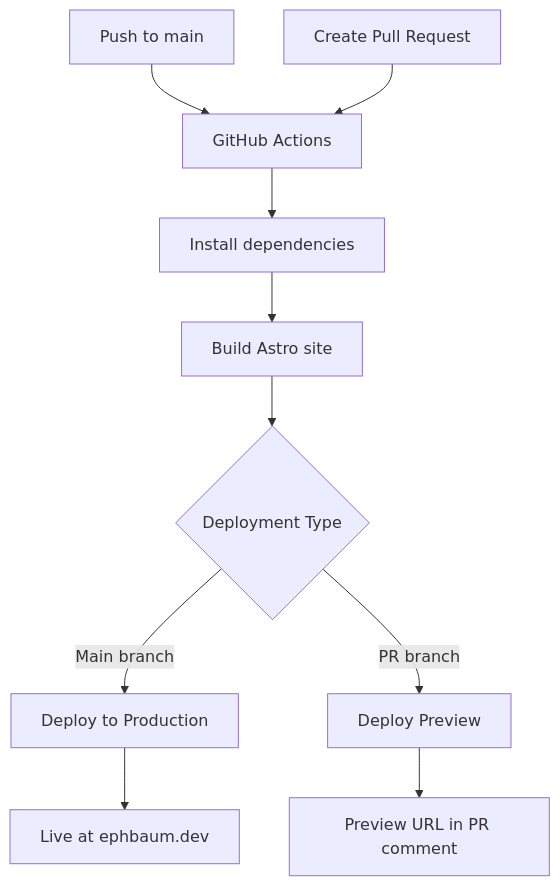
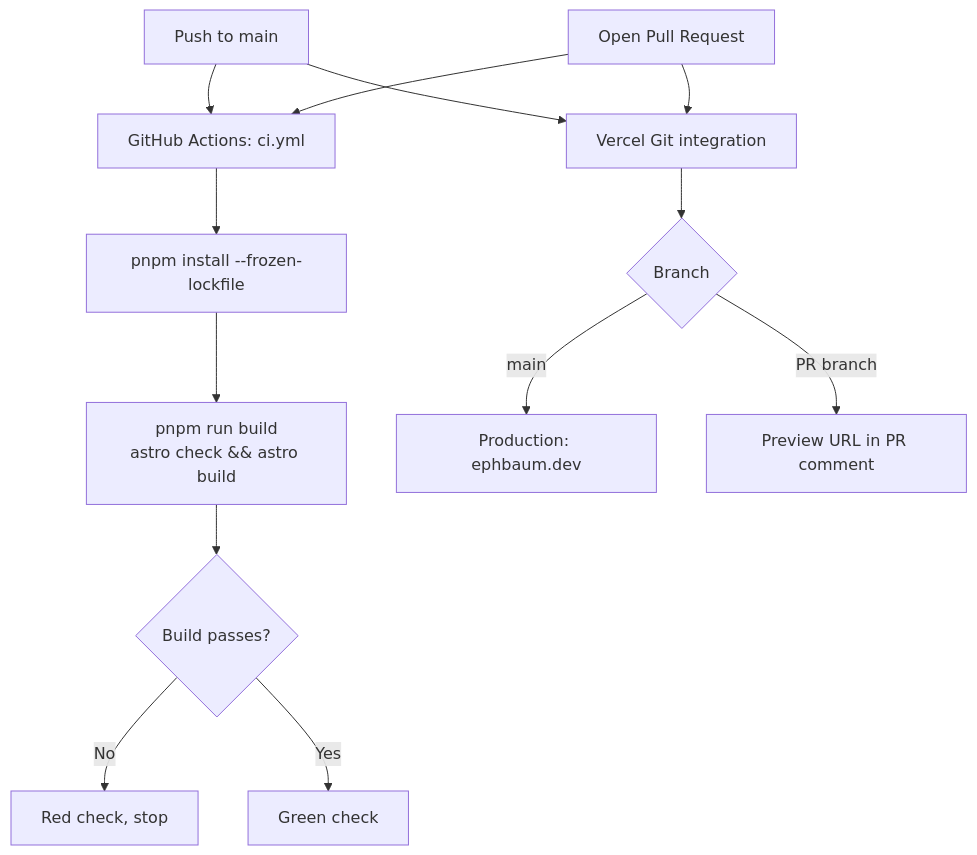
Before and after one commit to ephbaum/ephbaumdotdev: the diagram in README.md, drawn with Mermaid. The commit also changed other lines of this file and 13 other files, not shown here.

First line of the commit message:
fix(ci): unbreak the workflow — build on Node 22, drop the dead deploy step (#9)

````diff
--- a/README.md
+++ b/README.md
@@ -289,12 +300,16 @@
 ```mermaid
 graph TD
-    A[Push to main] --> B[GitHub Actions]
-    C[Create Pull Request] --> B
-    B --> D[Install dependencies]
-    D --> E[Build Astro site]
-    E --> F{Deployment Type}
-    F -->|Main branch| G[Deploy to Production]
-    F -->|PR branch| H[Deploy Preview]
-    G --> I[Live at ephbaum.dev]
-    H --> J[Preview URL in PR comment]
+    A[Push to main] --> B[GitHub Actions: ci.yml]
+    C[Open Pull Request] --> B
+    B --> D[pnpm install --frozen-lockfile]
+    D --> E[pnpm run build<br/>astro check && astro build]
+    E --> F{Build passes?}
+    F -->|No| G[Red check, stop]
+    F -->|Yes| H[Green check]
+
+    A --> I[Vercel Git integration]
+    C --> I
+    I --> J{Branch}
+    J -->|main| K[Production: ephbaum.dev]
+    J -->|PR branch| L[Preview URL in PR comment]
 ```
````
